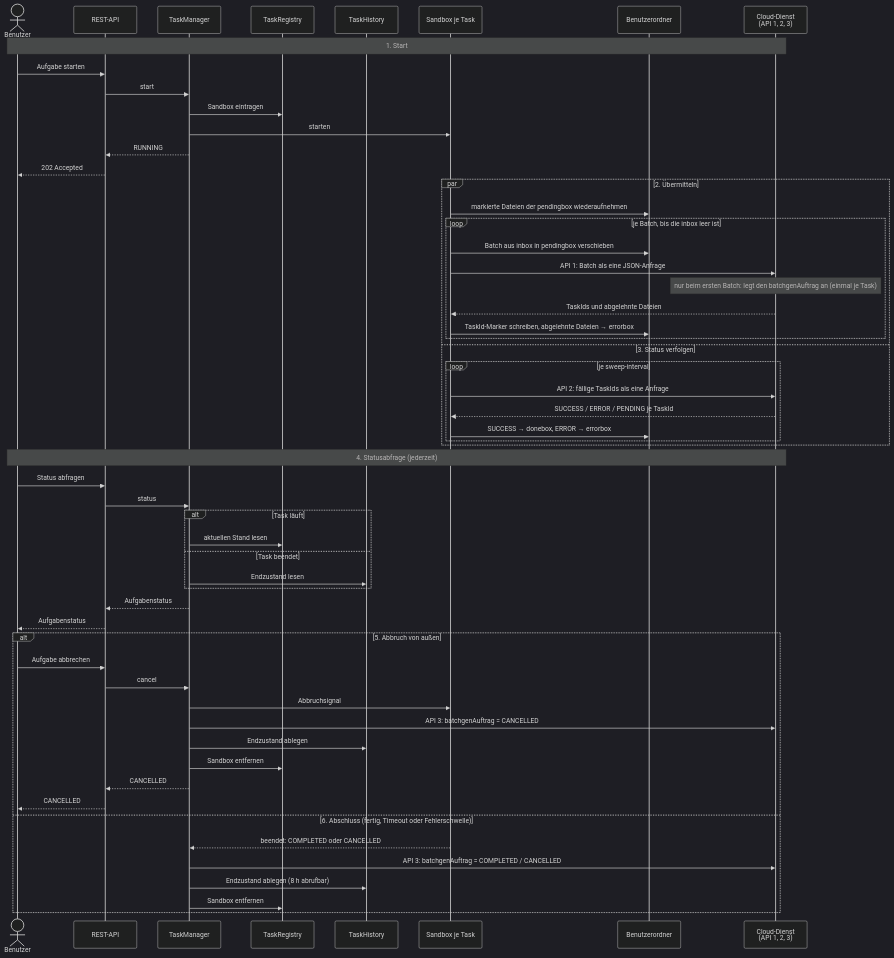
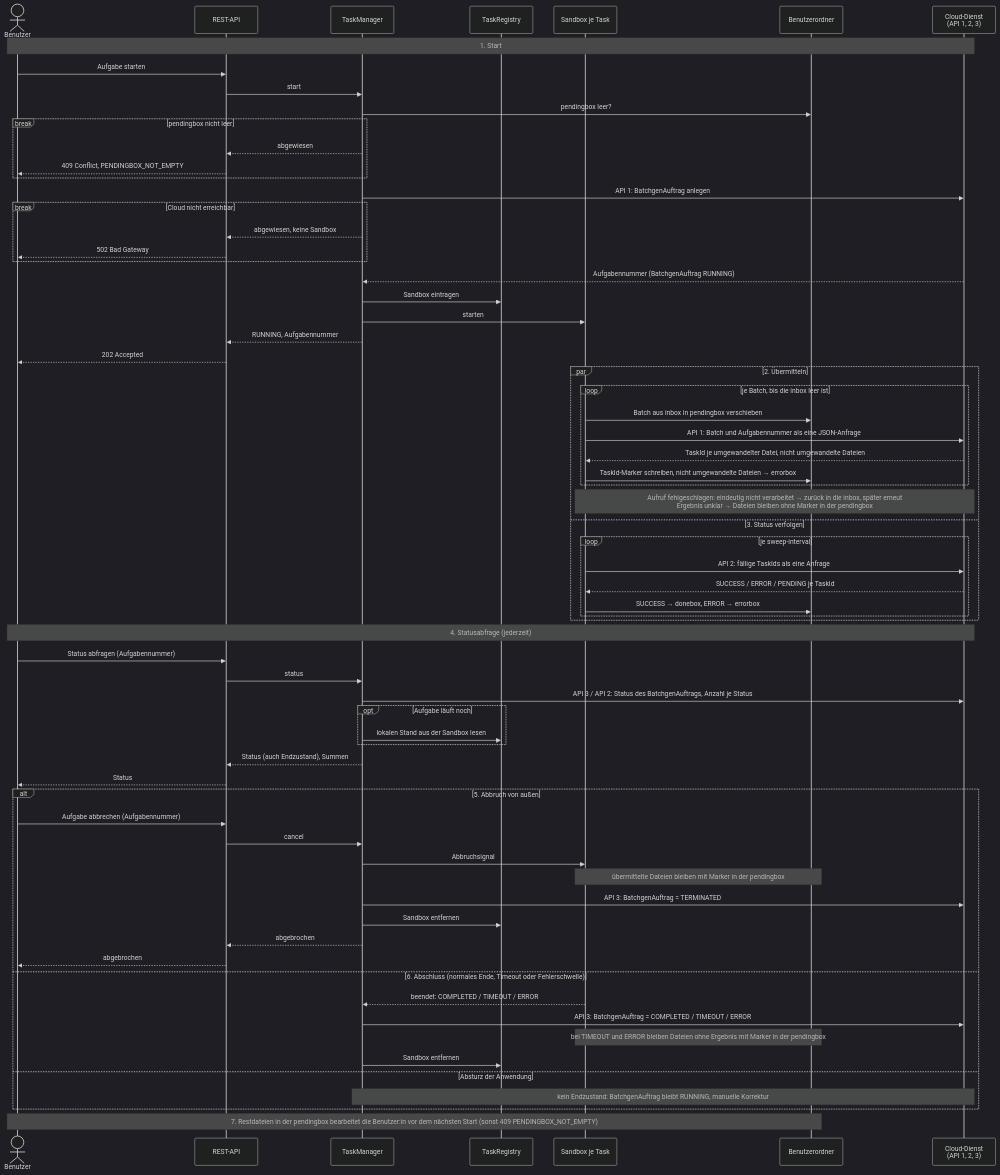
Before and after one commit to wwsstl/asynchrone-anwendungsarchitektur: the diagram in docs/architect/funktionsweise_sequenz.mmd, drawn with Mermaid (dark theme). The commit also changed 19 other files, not shown here.

```diff
--- a/docs/architect/funktionsweise_sequenz.mmd
+++ b/docs/architect/funktionsweise_sequenz.mmd
@@ -1,63 +1,77 @@
 sequenceDiagram
     %% Erste Ebene zu funktionsweise_sequenz.md – die Sandbox je Task ist eine Blackbox
+    %% Aufgabennummer = Nr. des BatchgenAuftrags, TaskId = Nr. eines Datensatzes der Untertabelle (je Datei)
+    %% Kein Fortsetzen: Restdateien in der pendingbox bearbeitet die Benutzer:in vor dem nächsten Start (Abschnitt 7)
 
     actor B as Benutzer
     participant API as REST-API
     participant TM as TaskManager
     participant Reg as TaskRegistry
-    participant Hist as TaskHistory
     participant S as Sandbox je Task
     participant O as Benutzerordner
     participant Cloud as Cloud-Dienst<br/>(API 1, 2, 3)
 
     Note over B,Cloud: 1. Start
     B->>API: Aufgabe starten
     API->>TM: start
+    TM->>O: pendingbox leer?
+    break pendingbox nicht leer
+        TM-->>API: abgewiesen
+        API-->>B: 409 Conflict, PENDINGBOX_NOT_EMPTY
+    end
+    TM->>Cloud: API 1: BatchgenAuftrag anlegen
+    break Cloud nicht erreichbar
+        TM-->>API: abgewiesen, keine Sandbox
+        API-->>B: 502 Bad Gateway
+    end
+    Cloud-->>TM: Aufgabennummer (BatchgenAuftrag RUNNING)
     TM->>Reg: Sandbox eintragen
     TM->>S: starten
-    TM-->>API: RUNNING
+    TM-->>API: RUNNING, Aufgabennummer
     API-->>B: 202 Accepted
 
     par 2. Übermitteln
-        S->>O: markierte Dateien der pendingbox wiederaufnehmen
         loop je Batch, bis die inbox leer ist
             S->>O: Batch aus inbox in pendingbox verschieben
-            S->>Cloud: API 1: Batch als eine JSON-Anfrage
-            Note over Cloud: nur beim ersten Batch: legt den batchgenAuftrag an (einmal je Task)
-            Cloud-->>S: TaskIds und abgelehnte Dateien
-            S->>O: TaskId-Marker schreiben, abgelehnte Dateien → errorbox
+            S->>Cloud: API 1: Batch und Aufgabennummer als eine JSON-Anfrage
+            Cloud-->>S: TaskId je umgewandelter Datei, nicht umgewandelte Dateien
+            S->>O: TaskId-Marker schreiben, nicht umgewandelte Dateien → errorbox
         end
+        Note over S,Cloud: Aufruf fehlgeschlagen: eindeutig nicht verarbeitet → zurück in die inbox, später erneut<br/>Ergebnis unklar → Dateien bleiben ohne Marker in der pendingbox
     and 3. Status verfolgen
         loop je sweep-interval
             S->>Cloud: API 2: fällige TaskIds als eine Anfrage
             Cloud-->>S: SUCCESS / ERROR / PENDING je TaskId
             S->>O: SUCCESS → donebox, ERROR → errorbox
         end
     end
 
     Note over B,Cloud: 4. Statusabfrage (jederzeit)
-    B->>API: Status abfragen
+    B->>API: Status abfragen (Aufgabennummer)
     API->>TM: status
-    alt Task läuft
-        TM->>Reg: aktuellen Stand lesen
-    else Task beendet
-        TM->>Hist: Endzustand lesen
+    TM->>Cloud: API 3 / API 2: Status des BatchgenAuftrags, Anzahl je Status
+    opt Aufgabe läuft noch
+        TM->>Reg: lokalen Stand aus der Sandbox lesen
     end
-    TM-->>API: Aufgabenstatus
-    API-->>B: Aufgabenstatus
+    TM-->>API: Status (auch Endzustand), Summen
+    API-->>B: Status
 
     alt 5. Abbruch von außen
-        B->>API: Aufgabe abbrechen
+        B->>API: Aufgabe abbrechen (Aufgabennummer)
         API->>TM: cancel
         TM->>S: Abbruchsignal
-        TM->>Cloud: API 3: batchgenAuftrag = CANCELLED
-        TM->>Hist: Endzustand ablegen
+        Note over S,O: übermittelte Dateien bleiben mit Marker in der pendingbox
+        TM->>Cloud: API 3: BatchgenAuftrag = TERMINATED
         TM->>Reg: Sandbox entfernen
-        TM-->>API: CANCELLED
-        API-->>B: CANCELLED
-    else 6. Abschluss (fertig, Timeout oder Fehlerschwelle)
-        S-->>TM: beendet: COMPLETED oder CANCELLED
-        TM->>Cloud: API 3: batchgenAuftrag = COMPLETED / CANCELLED
-        TM->>Hist: Endzustand ablegen (8 h abrufbar)
+        TM-->>API: abgebrochen
+        API-->>B: abgebrochen
+    else 6. Abschluss (normales Ende, Timeout oder Fehlerschwelle)
+        S-->>TM: beendet: COMPLETED / TIMEOUT / ERROR
+        TM->>Cloud: API 3: BatchgenAuftrag = COMPLETED / TIMEOUT / ERROR
+        Note over S,O: bei TIMEOUT und ERROR bleiben Dateien ohne Ergebnis mit Marker in der pendingbox
         TM->>Reg: Sandbox entfernen
+    else Absturz der Anwendung
+        Note over TM,Cloud: kein Endzustand: BatchgenAuftrag bleibt RUNNING, manuelle Korrektur
     end
+
+    Note over B,O: 7. Restdateien in der pendingbox bearbeitet die Benutzer:in vor dem nächsten Start (sonst 409 PENDINGBOX_NOT_EMPTY)
```
